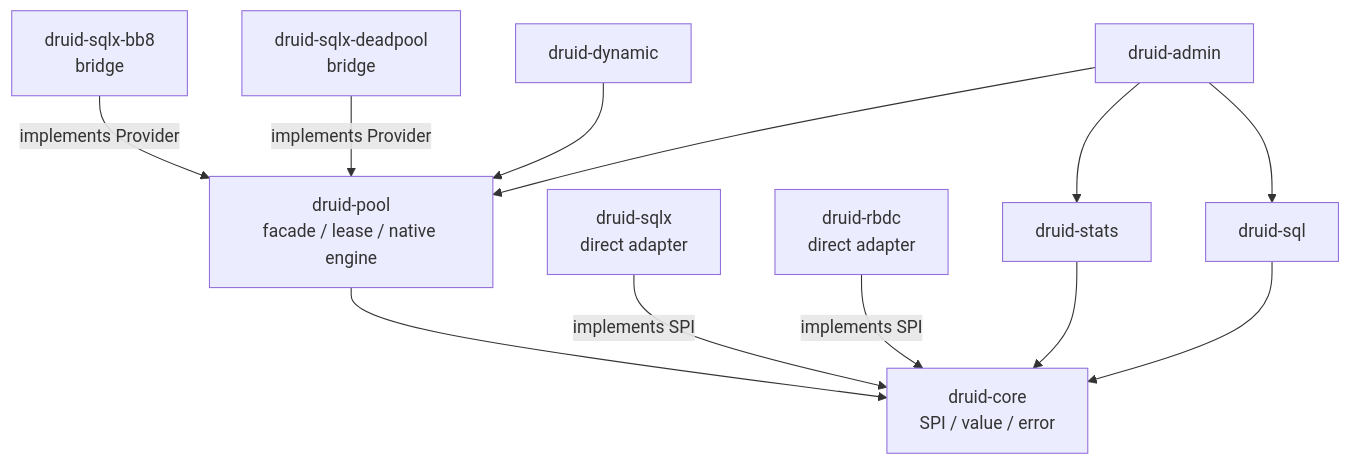
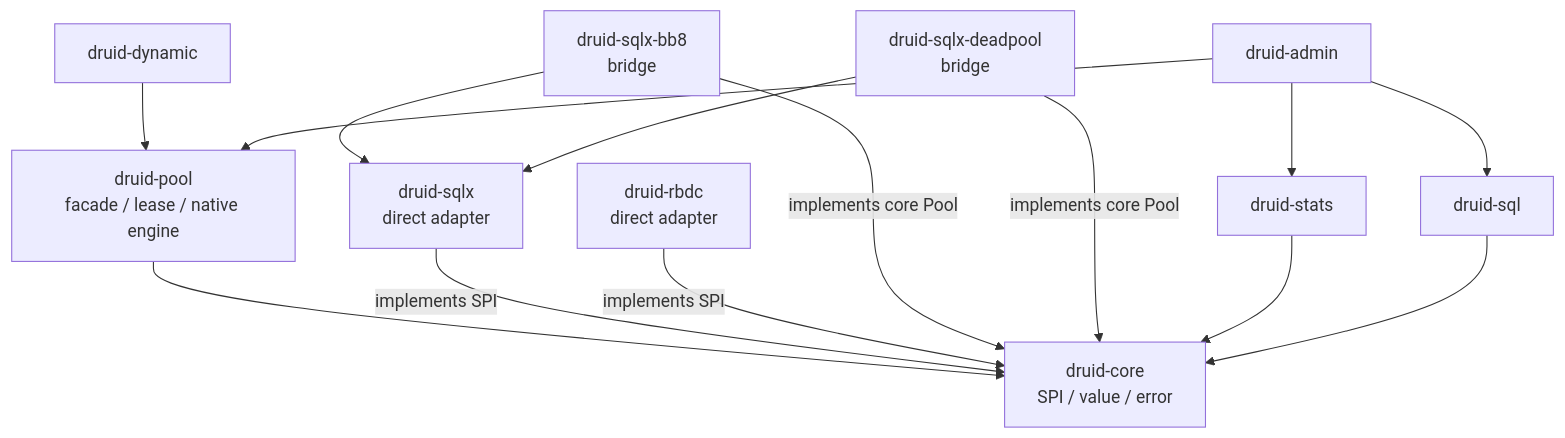
Before and after one commit to easy-4-rust/druid-rust: the seventh of 7 diagrams in doc/migration/5、连接抽象与驱动适配架构.md, drawn with Mermaid. The commit also changed other lines of this file and 45 other files, not shown here.

````diff
--- a/doc/migration/5、连接抽象与驱动适配架构.md
+++ b/doc/migration/5、连接抽象与驱动适配架构.md
@@ -748,14 +771,16 @@
 ```mermaid
 flowchart TD
     Pool["druid-pool<br/>facade / lease / native engine"] --> Core["druid-core<br/>SPI / value / error"]
     Sqlx["druid-sqlx<br/>direct adapter"] -->|"implements SPI"| Core
     Rbdc["druid-rbdc<br/>direct adapter"] -->|"implements SPI"| Core
-    Bb8["druid-sqlx-bb8<br/>bridge"] -->|"implements Provider"| Pool
-    Deadpool["druid-sqlx-deadpool<br/>bridge"] -->|"implements Provider"| Pool
+    Bb8["druid-sqlx-bb8<br/>bridge"] -->|"implements core Pool"| Core
+    Deadpool["druid-sqlx-deadpool<br/>bridge"] -->|"implements core Pool"| Core
+    Bb8 --> Sqlx
+    Deadpool --> Sqlx
     Dynamic["druid-dynamic"] --> Pool
     Stats["druid-stats"] --> Core
     Sql["druid-sql"] --> Core
     Admin["druid-admin"] --> Pool
     Admin --> Stats
     Admin --> Sql
 ```
````
